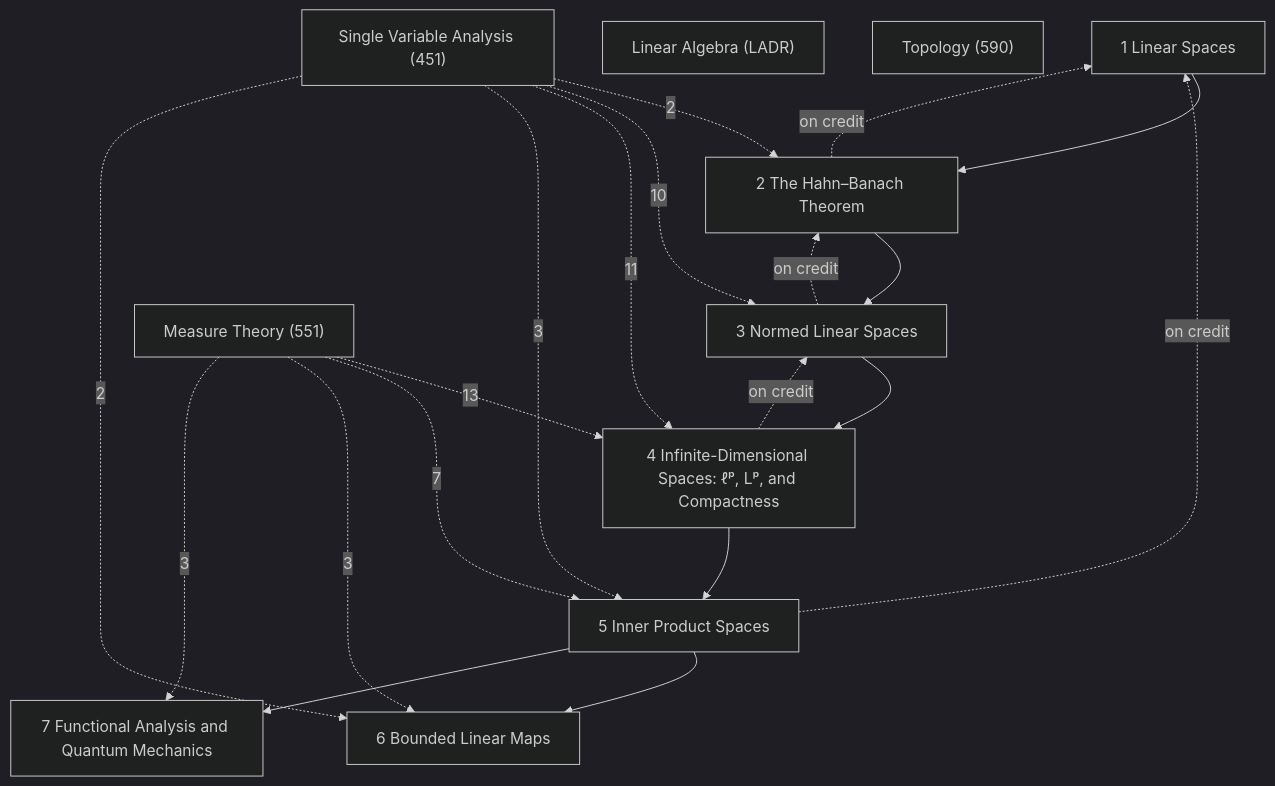
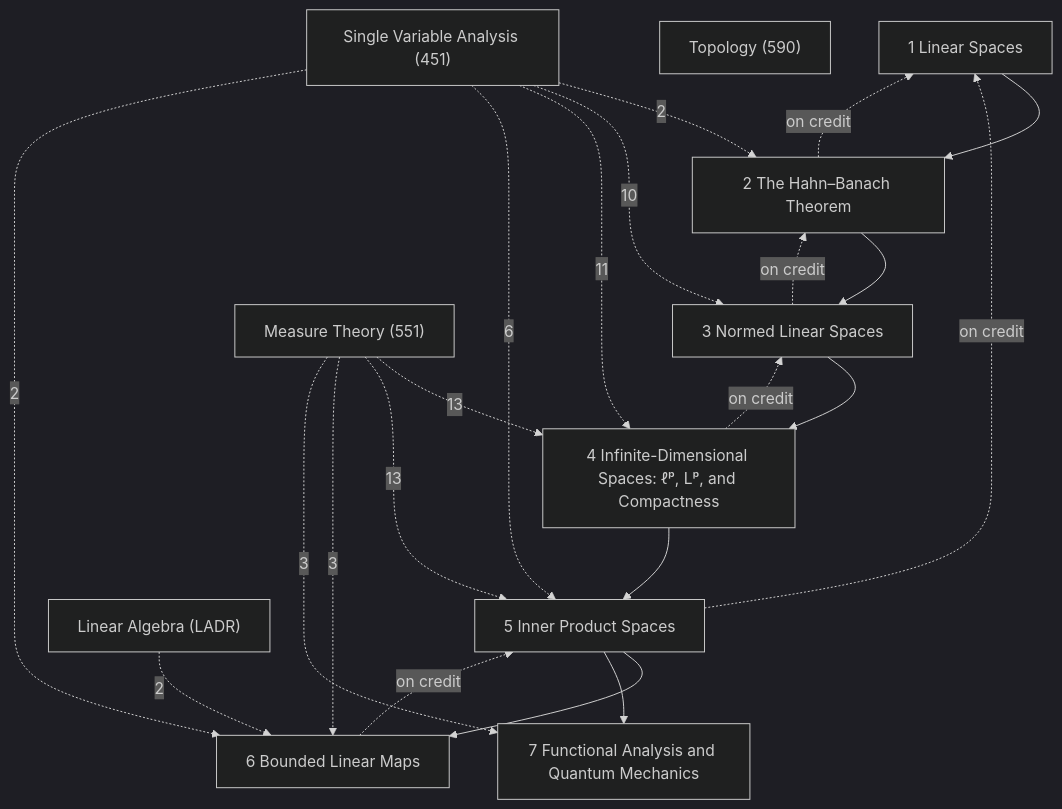
One commit to Onion20040508/notes changed the diagram in Math/Functional Analysis/Functional Analysis.md. Above: the diagram before and after it, drawn with Mermaid (dark theme). The commit also changed other lines of this file and 48 other files, not shown here.

````diff
--- a/Math/Functional Analysis/Functional Analysis.md
+++ b/Math/Functional Analysis/Functional Analysis.md
@@ -33,33 +33,35 @@
 ```mermaid
 graph TD
   C1["1 Linear Spaces"]
   C2["2 The Hahn–Banach Theorem"]
   C3["3 Normed Linear Spaces"]
   C4["4 Infinite-Dimensional Spaces: ℓᵖ, Lᵖ, and Compactness"]
   C5["5 Inner Product Spaces"]
   C6["6 Bounded Linear Maps"]
   C7["7 Functional Analysis and Quantum Mechanics"]
   X1["Linear Algebra (LADR)"]
   X2["Measure Theory (551)"]
   X3["Topology (590)"]
   X4["Single Variable Analysis (451)"]
   C1 --> C2
   C2 --> C3
   C3 --> C4
   C4 --> C5
   C5 --> C6
   C5 --> C7
   C2 -.->|on credit| C1
   C3 -.->|on credit| C2
   C4 -.->|on credit| C3
   C5 -.->|on credit| C1
+  C6 -.->|on credit| C5
+  X1 -.->|2| C6
   X2 -.->|13| C4
-  X2 -.->|7| C5
+  X2 -.->|13| C5
   X2 -.->|3| C6
   X2 -.->|3| C7
   X4 -.->|2| C2
   X4 -.->|10| C3
   X4 -.->|11| C4
-  X4 -.->|3| C5
+  X4 -.->|6| C5
   X4 -.->|2| C6
 ```
````
